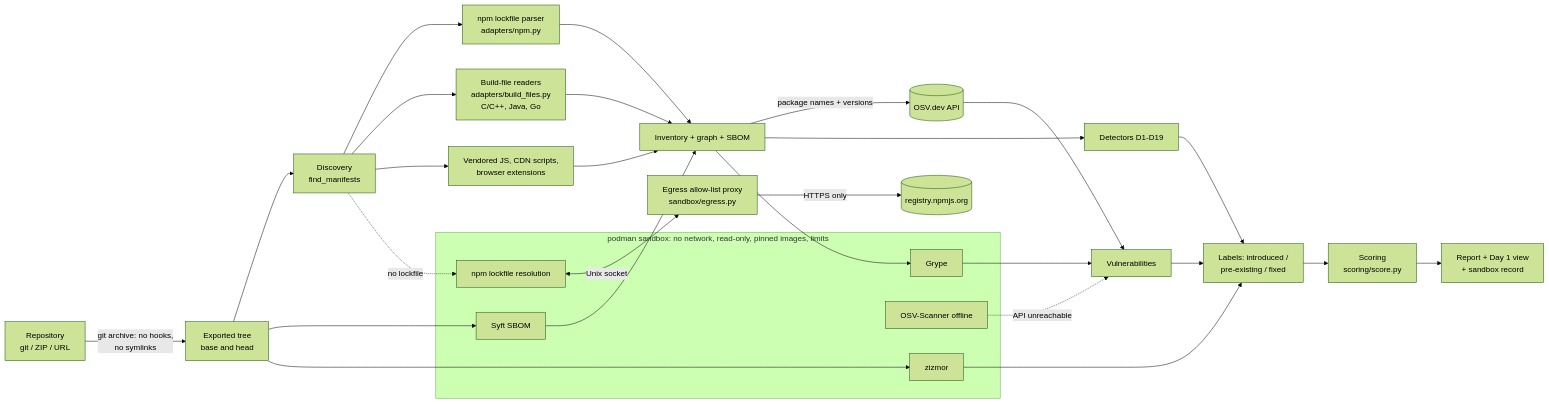
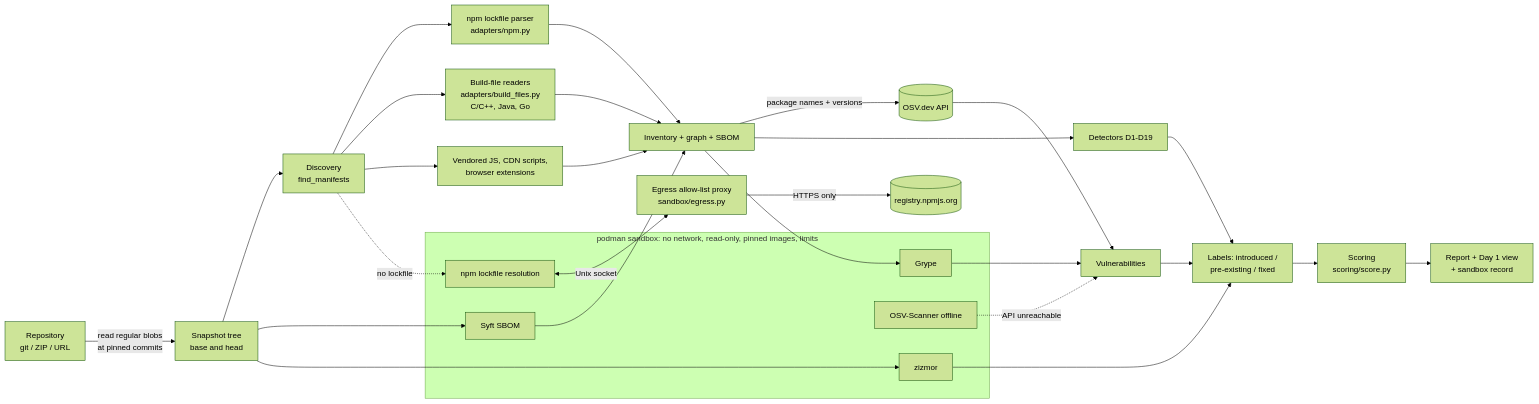
Before and after one commit to RohanRamesh21/group21: the diagram in docs/ARCHITECTURE.md, drawn with Mermaid (forest theme). The commit also changed other lines of this file and 33 other files, not shown here.

````diff
--- a/docs/ARCHITECTURE.md
+++ b/docs/ARCHITECTURE.md
@@ -12,34 +12,34 @@
 ```mermaid
 flowchart LR
-  R[Repository<br/>git / ZIP / URL] -->|git archive: no hooks,<br/>no symlinks| T[Exported tree<br/>base and head]
+  R[Repository<br/>git / ZIP / URL] -->|read regular blobs<br/>at pinned commits| T[Snapshot tree<br/>base and head]
   T --> D[Discovery<br/>find_manifests]
   D --> NPM[npm lockfile parser<br/>adapters/npm.py]
   D --> BF[Build-file readers<br/>adapters/build_files.py<br/>C/C++, Java, Go]
   D --> VC[Vendored JS, CDN scripts,<br/>browser extensions]
   subgraph SB[podman sandbox: no network, read-only, pinned images, limits]
     RES[npm lockfile resolution]
     SY[Syft SBOM]
     GR[Grype]
     OS[OSV-Scanner offline]
     ZZ[zizmor]
   end
   D -. no lockfile .-> RES
   RES <-->|Unix socket| PX[Egress allow-list proxy<br/>sandbox/egress.py]
   PX -->|HTTPS only| REG[(registry.npmjs.org)]
   T --> SY --> INV[Inventory + graph + SBOM]
   NPM --> INV
   BF --> INV
   VC --> INV
   INV --> GR
   INV -->|package names + versions| OSV[(OSV.dev API)]
   T --> ZZ
   INV --> DET[Detectors D1-D19]
   GR --> VUL[Vulnerabilities]
   OSV --> VUL
   OS -. API unreachable .-> VUL
   DET --> LAB[Labels: introduced /<br/>pre-existing / fixed]
   VUL --> LAB
   ZZ --> LAB
   LAB --> SC[Scoring<br/>scoring/score.py]
   SC --> REP[Report + Day 1 view<br/>+ sandbox record]
 ```
````
